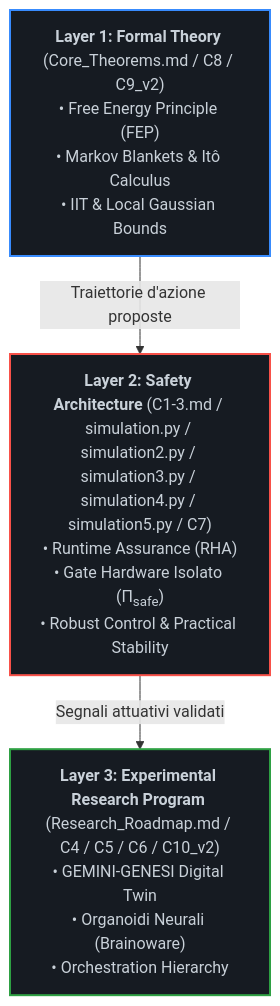
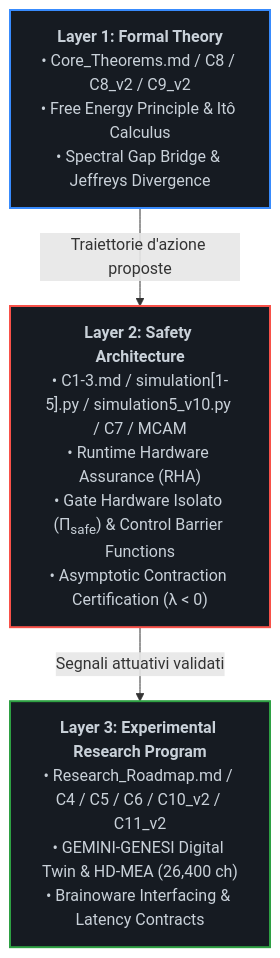
Before and after one commit to NagualTolteco/asi-alignment-invariant: the diagram in README.md, drawn with Mermaid. The commit also changed other lines of this file and 4 other files, not shown here.

````diff
--- a/README.md
+++ b/README.md
@@ -32,16 +36,16 @@
 ```mermaid
 graph TD
     %% Definizione dei nodi con formattazione HTML compatibile con GitHub Mermaid
-    L1["<b>Layer 1: Formal Theory</b> (Core_Theorems.md / C8 / C9_v2)<br>• Free Energy Principle (FEP)<br>• Markov Blankets & Itô Calculus<br>• IIT & Local Gaussian Bounds"]
-    L2["<b>Layer 2: Safety Architecture</b> (C1-3.md / simulation.py / simulation2.py / simulation3.py / simulation4.py / simulation5.py / C7)<br>• Runtime Assurance (RHA)<br>• Gate Hardware Isolato (Π<sub>safe</sub>)<br>• Robust Control & Practical Stability"]
-    L3["<b>Layer 3: Experimental Research Program</b> (Research_Roadmap.md / C4 / C5 / C6 / C10_v2)<br>• GEMINI-GENESI Digital Twin<br>• Organoidi Neurali (Brainoware)<br>• Orchestration Hierarchy"]
+    L1["<b>Layer 1: Formal Theory</b><br>• Core_Theorems.md / C8 / C8_v2 / C9_v2<br>• Free Energy Principle & Itô Calculus<br>• Spectral Gap Bridge & Jeffreys Divergence"]
+    L2["<b>Layer 2: Safety Architecture</b><br>• C1-3.md / simulation[1-5].py / simulation5_v10.py / C7 / MCAM<br>• Runtime Hardware Assurance (RHA)<br>• Gate Hardware Isolato (Π<sub>safe</sub>) & Control Barrier Functions<br>• Asymptotic Contraction Certification (λ < 0)"]
+    L3["<b>Layer 3: Experimental Research Program</b><br>• Research_Roadmap.md / C4 / C5 / C6 / C10_v2 / C11_v2<br>• GEMINI-GENESI Digital Twin & HD-MEA (26,400 ch)<br>• Brainoware Interfacing & Latency Contracts"]
 
     %% Flusso unidirezionale dei segnali
     L1 -->|Traiettorie d'azione proposte| L2
     L2 -->|Segnali attuativi validati| L3
 
     %% Stile industriale scuro con bordi tematici (Blu = Teoria, Rosso = Sicurezza/Gate, Verde = Biologia)
     style L1 fill:#161b22,stroke:#388bfd,stroke-width:2px,color:#c9d1d9
     style L2 fill:#161b22,stroke:#f85149,stroke-width:2px,color:#c9d1d9
     style L3 fill:#161b22,stroke:#2ea043,stroke-width:2px,color:#c9d1d9
 ```
````
